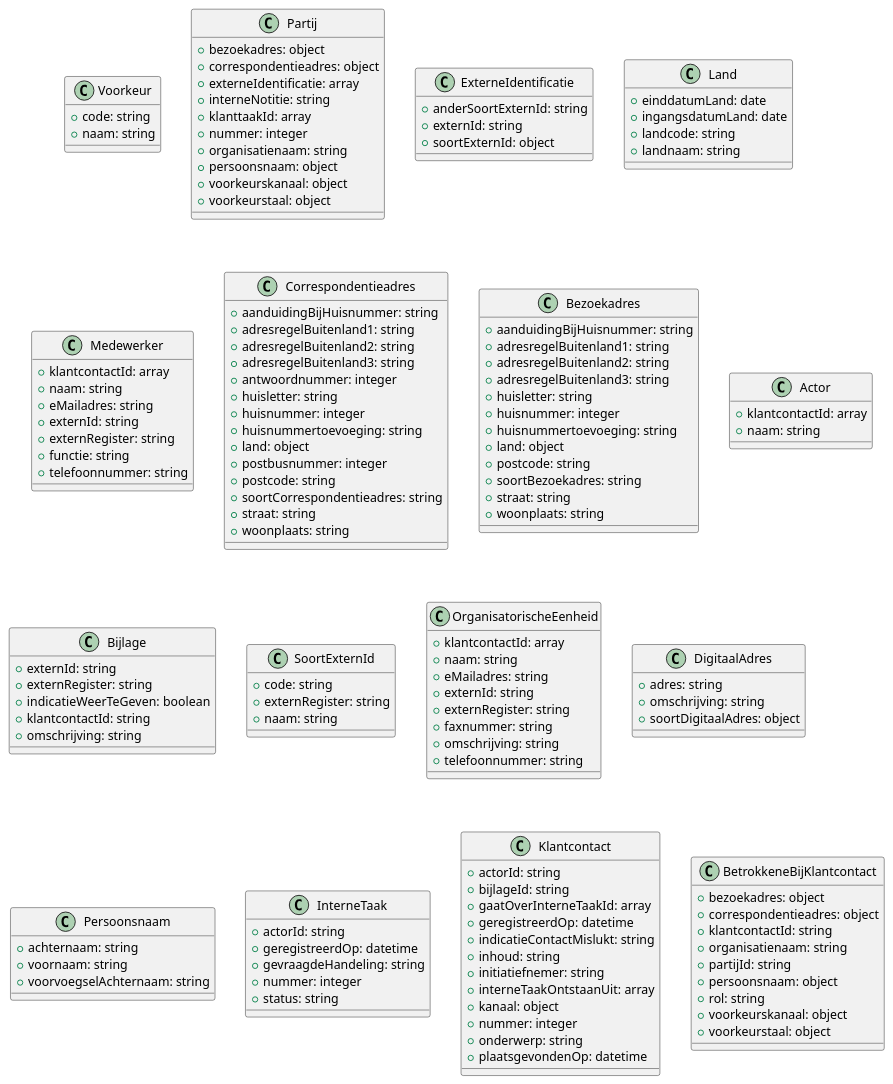
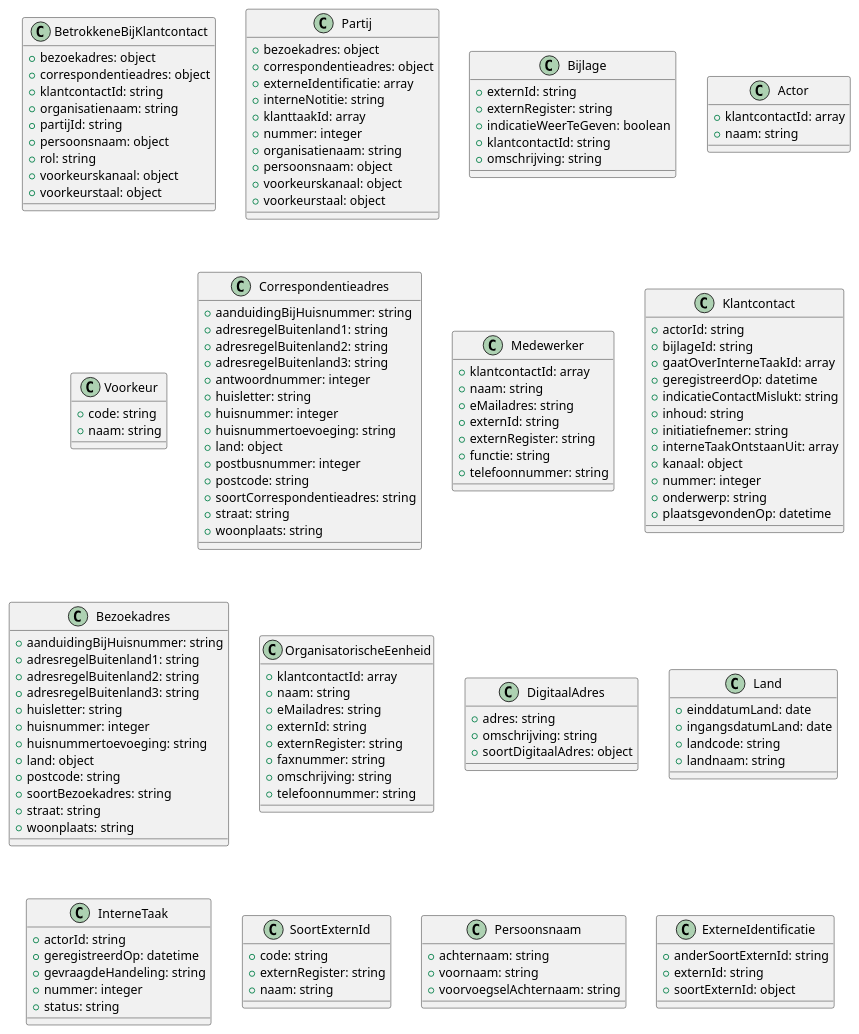
The diagram in docs/schema/all_classes.puml (CommonGateway/CustomerInteractionBundle), drawn with PlantUML before and after one commit. The commit also changed other lines of this file and 1 other file, not shown here.

Commit message:
Add generated PlantUML and SVG files

```diff
--- a/docs/schema/all_classes.puml
+++ b/docs/schema/all_classes.puml
@@ -1,136 +1,136 @@
 @startuml
-class Voorkeur {
-  + code: string
-  + naam: string
+class BetrokkeneBijKlantcontact {
+  + bezoekadres: object
+  + correspondentieadres: object
+  + klantcontactId: string
+  + organisatienaam: string
+  + partijId: string
+  + persoonsnaam: object
+  + rol: string
+  + voorkeurskanaal: object
+  + voorkeurstaal: object
 }
 class Partij {
   + bezoekadres: object
   + correspondentieadres: object
   + externeIdentificatie: array
   + interneNotitie: string
   + klanttaakId: array
   + nummer: integer
   + organisatienaam: string
   + persoonsnaam: object
   + voorkeurskanaal: object
   + voorkeurstaal: object
 }
-class ExterneIdentificatie {
-  + anderSoortExternId: string
+class Bijlage {
   + externId: string
-  + soortExternId: object
+  + externRegister: string
+  + indicatieWeerTeGeven: boolean
+  + klantcontactId: string
+  + omschrijving: string
 }
-class Land {
-  + einddatumLand: date
-  + ingangsdatumLand: date
-  + landcode: string
-  + landnaam: string
-}
-class Medewerker {
+class Actor {
   + klantcontactId: array
   + naam: string
-  + eMailadres: string
-  + externId: string
-  + externRegister: string
-  + functie: string
-  + telefoonnummer: string
+}
+class Voorkeur {
+  + code: string
+  + naam: string
 }
 class Correspondentieadres {
   + aanduidingBijHuisnummer: string
   + adresregelBuitenland1: string
   + adresregelBuitenland2: string
   + adresregelBuitenland3: string
   + antwoordnummer: integer
   + huisletter: string
   + huisnummer: integer
   + huisnummertoevoeging: string
   + land: object
   + postbusnummer: integer
   + postcode: string
   + soortCorrespondentieadres: string
   + straat: string
   + woonplaats: string
 }
+class Medewerker {
+  + klantcontactId: array
+  + naam: string
+  + eMailadres: string
+  + externId: string
+  + externRegister: string
+  + functie: string
+  + telefoonnummer: string
+}
+class Klantcontact {
+  + actorId: string
+  + bijlageId: string
+  + gaatOverInterneTaakId: array
+  + geregistreerdOp: datetime
+  + indicatieContactMislukt: string
+  + inhoud: string
+  + initiatiefnemer: string
+  + interneTaakOntstaanUit: array
+  + kanaal: object
+  + nummer: integer
+  + onderwerp: string
+  + plaatsgevondenOp: datetime
+}
 class Bezoekadres {
   + aanduidingBijHuisnummer: string
   + adresregelBuitenland1: string
   + adresregelBuitenland2: string
   + adresregelBuitenland3: string
   + huisletter: string
   + huisnummer: integer
   + huisnummertoevoeging: string
   + land: object
   + postcode: string
   + soortBezoekadres: string
   + straat: string
   + woonplaats: string
-}
-class Actor {
-  + klantcontactId: array
-  + naam: string
-}
-class Bijlage {
-  + externId: string
-  + externRegister: string
-  + indicatieWeerTeGeven: boolean
-  + klantcontactId: string
-  + omschrijving: string
-}
-class SoortExternId {
-  + code: string
-  + externRegister: string
-  + naam: string
 }
 class OrganisatorischeEenheid {
   + klantcontactId: array
   + naam: string
   + eMailadres: string
   + externId: string
   + externRegister: string
   + faxnummer: string
   + omschrijving: string
   + telefoonnummer: string
 }
 class DigitaalAdres {
   + adres: string
   + omschrijving: string
   + soortDigitaalAdres: object
 }
-class Persoonsnaam {
-  + achternaam: string
-  + voornaam: string
-  + voorvoegselAchternaam: string
+class Land {
+  + einddatumLand: date
+  + ingangsdatumLand: date
+  + landcode: string
+  + landnaam: string
 }
 class InterneTaak {
   + actorId: string
   + geregistreerdOp: datetime
   + gevraagdeHandeling: string
   + nummer: integer
   + status: string
 }
-class Klantcontact {
-  + actorId: string
-  + bijlageId: string
-  + gaatOverInterneTaakId: array
-  + geregistreerdOp: datetime
-  + indicatieContactMislukt: string
-  + inhoud: string
-  + initiatiefnemer: string
-  + interneTaakOntstaanUit: array
-  + kanaal: object
-  + nummer: integer
-  + onderwerp: string
-  + plaatsgevondenOp: datetime
+class SoortExternId {
+  + code: string
+  + externRegister: string
+  + naam: string
 }
-class BetrokkeneBijKlantcontact {
-  + bezoekadres: object
-  + correspondentieadres: object
-  + klantcontactId: string
-  + organisatienaam: string
-  + partijId: string
-  + persoonsnaam: object
-  + rol: string
-  + voorkeurskanaal: object
-  + voorkeurstaal: object
+class Persoonsnaam {
+  + achternaam: string
+  + voornaam: string
+  + voorvoegselAchternaam: string
+}
+class ExterneIdentificatie {
+  + anderSoortExternId: string
+  + externId: string
+  + soortExternId: object
 }
 @enduml
```
